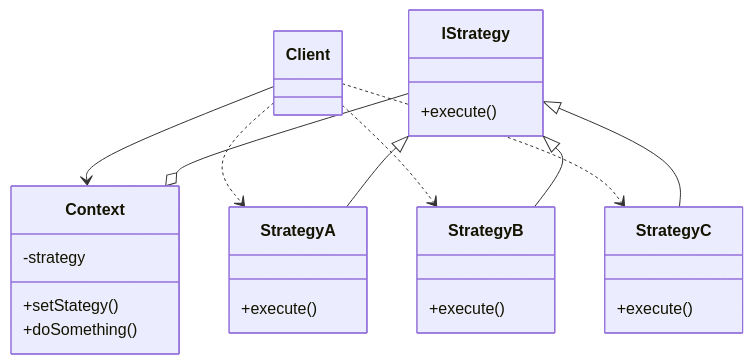
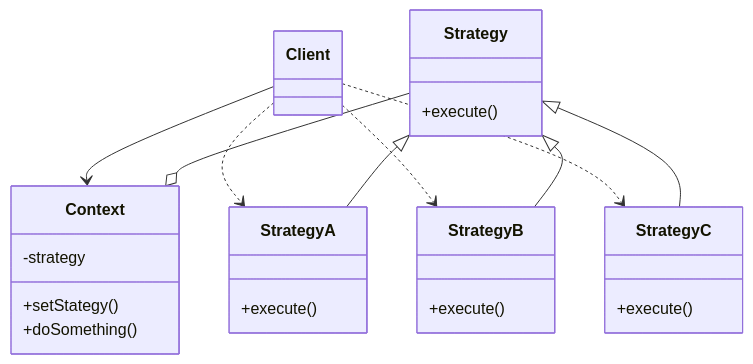
Before and after one commit to Kasimashi/Programme-de-Bases: the diagram in C++/Design Pattern/Comportement/Strategy/README.md, drawn with Mermaid. The commit also changed other lines of this file, not shown here.

````diff
--- a/C++/Design Pattern/Comportement/Strategy/README.md
+++ b/C++/Design Pattern/Comportement/Strategy/README.md
@@ -3,33 +6,33 @@
 ```mermaid
 classDiagram
 
     class Client{
     }
     Client --> Context
     Client ..> StrategyA
     Client ..> StrategyB
     Client ..> StrategyC
-    IStrategy --o Context
+    Strategy --o Context
 
     class Context{
         -strategy
         +setStategy()
         +doSomething()
     }
 
-    class IStrategy{
+    class Strategy{
         +execute()
     }
-    IStrategy <|-- StrategyA
-    IStrategy <|-- StrategyB
-    IStrategy <|-- StrategyC
+    Strategy <|-- StrategyA
+    Strategy <|-- StrategyB
+    Strategy <|-- StrategyC
     class StrategyA{
       +execute()
     }
     class StrategyB{
       +execute()
     }
     class StrategyC{
       +execute()
     }
 ```
````
